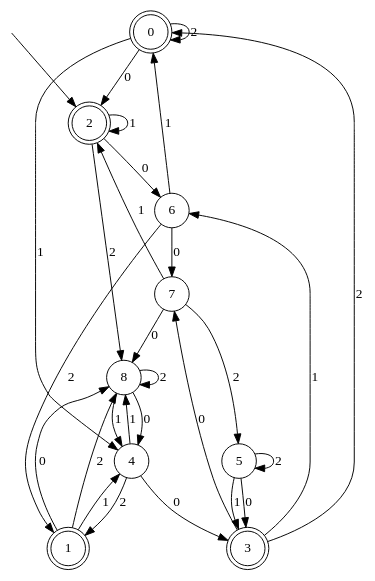
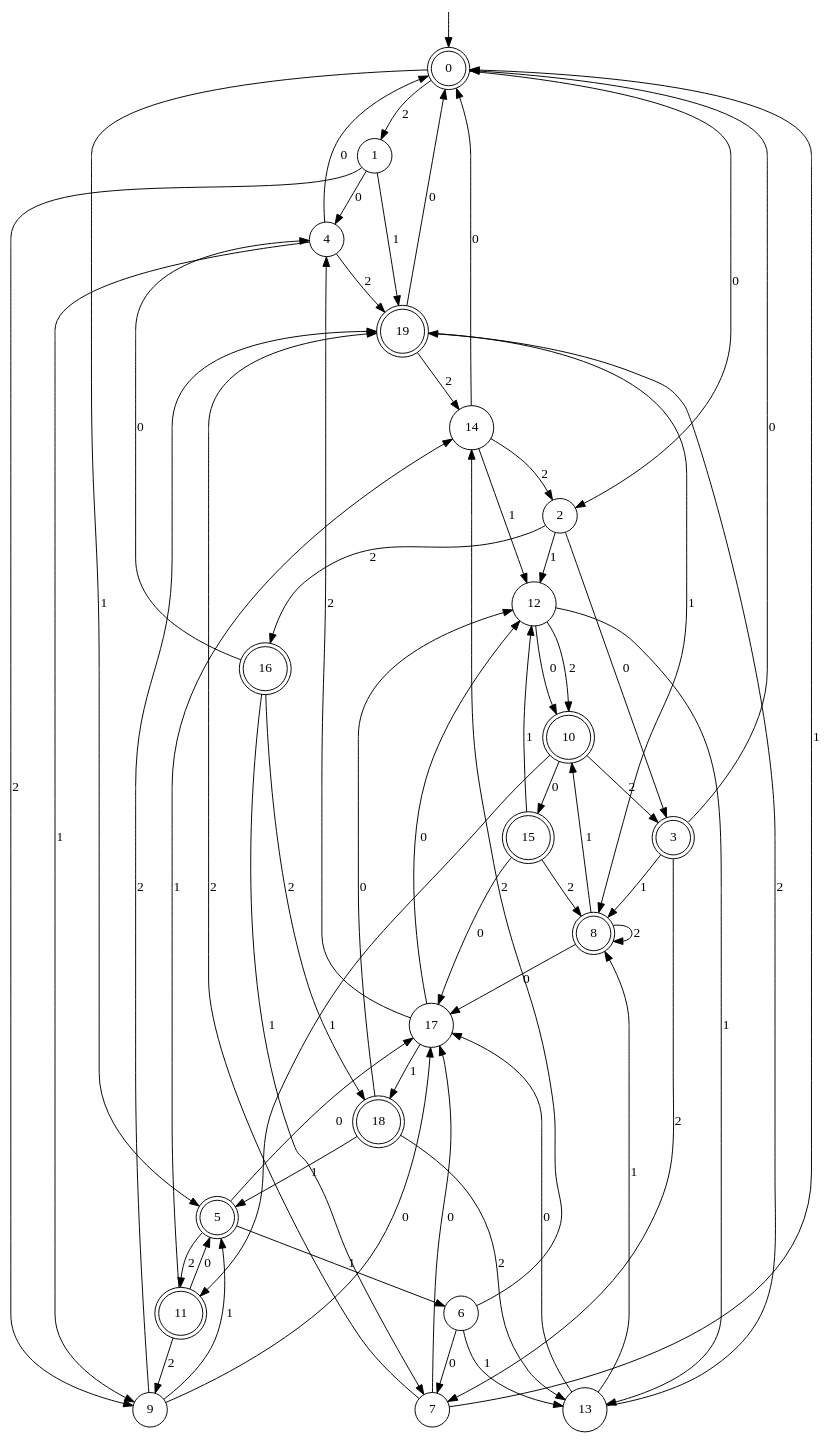
Before and after one commit to rasofema/learnlib: the diagram in algorithms/incremental/ikv/incremental.dot, drawn with Graphviz. The commit also changed 10 other files, not shown here.

```diff
--- a/algorithms/incremental/ikv/incremental.dot
+++ b/algorithms/incremental/ikv/incremental.dot
@@ -1,43 +1,87 @@
 digraph g {
 
 	s0 [shape="doublecircle" label="0"];
-	s1 [shape="doublecircle" label="1"];
-	s2 [shape="doublecircle" label="2"];
+	s1 [shape="circle" label="1"];
+	s2 [shape="circle" label="2"];
 	s3 [shape="doublecircle" label="3"];
 	s4 [shape="circle" label="4"];
-	s5 [shape="circle" label="5"];
+	s5 [shape="doublecircle" label="5"];
 	s6 [shape="circle" label="6"];
 	s7 [shape="circle" label="7"];
-	s8 [shape="circle" label="8"];
+	s8 [shape="doublecircle" label="8"];
+	s9 [shape="circle" label="9"];
+	s10 [shape="doublecircle" label="10"];
+	s11 [shape="doublecircle" label="11"];
+	s12 [shape="circle" label="12"];
+	s13 [shape="circle" label="13"];
+	s14 [shape="circle" label="14"];
+	s15 [shape="doublecircle" label="15"];
+	s16 [shape="doublecircle" label="16"];
+	s17 [shape="circle" label="17"];
+	s18 [shape="doublecircle" label="18"];
+	s19 [shape="doublecircle" label="19"];
 	s0 -> s2 [label="0"];
-	s0 -> s4 [label="1"];
-	s0 -> s0 [label="2"];
-	s1 -> s8 [label="0"];
-	s1 -> s4 [label="1"];
-	s1 -> s8 [label="2"];
-	s2 -> s6 [label="0"];
-	s2 -> s2 [label="1"];
-	s2 -> s8 [label="2"];
-	s3 -> s7 [label="0"];
-	s3 -> s6 [label="1"];
-	s3 -> s0 [label="2"];
-	s4 -> s3 [label="0"];
-	s4 -> s8 [label="1"];
-	s4 -> s1 [label="2"];
-	s5 -> s3 [label="0"];
-	s5 -> s3 [label="1"];
-	s5 -> s5 [label="2"];
+	s0 -> s5 [label="1"];
+	s0 -> s1 [label="2"];
+	s1 -> s4 [label="0"];
+	s1 -> s19 [label="1"];
+	s1 -> s9 [label="2"];
+	s2 -> s3 [label="0"];
+	s2 -> s12 [label="1"];
+	s2 -> s16 [label="2"];
+	s3 -> s0 [label="0"];
+	s3 -> s8 [label="1"];
+	s3 -> s7 [label="2"];
+	s4 -> s0 [label="0"];
+	s4 -> s9 [label="1"];
+	s4 -> s19 [label="2"];
+	s5 -> s17 [label="0"];
+	s5 -> s6 [label="1"];
+	s5 -> s11 [label="2"];
 	s6 -> s7 [label="0"];
-	s6 -> s0 [label="1"];
-	s6 -> s1 [label="2"];
-	s7 -> s8 [label="0"];
-	s7 -> s2 [label="1"];
-	s7 -> s5 [label="2"];
-	s8 -> s4 [label="0"];
-	s8 -> s4 [label="1"];
+	s6 -> s13 [label="1"];
+	s6 -> s14 [label="2"];
+	s7 -> s17 [label="0"];
+	s7 -> s0 [label="1"];
+	s7 -> s19 [label="2"];
+	s8 -> s17 [label="0"];
+	s8 -> s10 [label="1"];
 	s8 -> s8 [label="2"];
+	s9 -> s17 [label="0"];
+	s9 -> s5 [label="1"];
+	s9 -> s19 [label="2"];
+	s10 -> s15 [label="0"];
+	s10 -> s11 [label="1"];
+	s10 -> s3 [label="2"];
+	s11 -> s5 [label="0"];
+	s11 -> s14 [label="1"];
+	s11 -> s9 [label="2"];
+	s12 -> s10 [label="0"];
+	s12 -> s13 [label="1"];
+	s12 -> s10 [label="2"];
+	s13 -> s17 [label="0"];
+	s13 -> s8 [label="1"];
+	s13 -> s19 [label="2"];
+	s14 -> s0 [label="0"];
+	s14 -> s12 [label="1"];
+	s14 -> s2 [label="2"];
+	s15 -> s17 [label="0"];
+	s15 -> s12 [label="1"];
+	s15 -> s8 [label="2"];
+	s16 -> s4 [label="0"];
+	s16 -> s7 [label="1"];
+	s16 -> s18 [label="2"];
+	s17 -> s12 [label="0"];
+	s17 -> s18 [label="1"];
+	s17 -> s4 [label="2"];
+	s18 -> s12 [label="0"];
+	s18 -> s5 [label="1"];
+	s18 -> s13 [label="2"];
+	s19 -> s0 [label="0"];
+	s19 -> s8 [label="1"];
+	s19 -> s14 [label="2"];
 
 __start0 [label="" shape="none" width="0" height="0"];
-__start0 -> s2;
+__start0 -> s0;
 
 }
```
